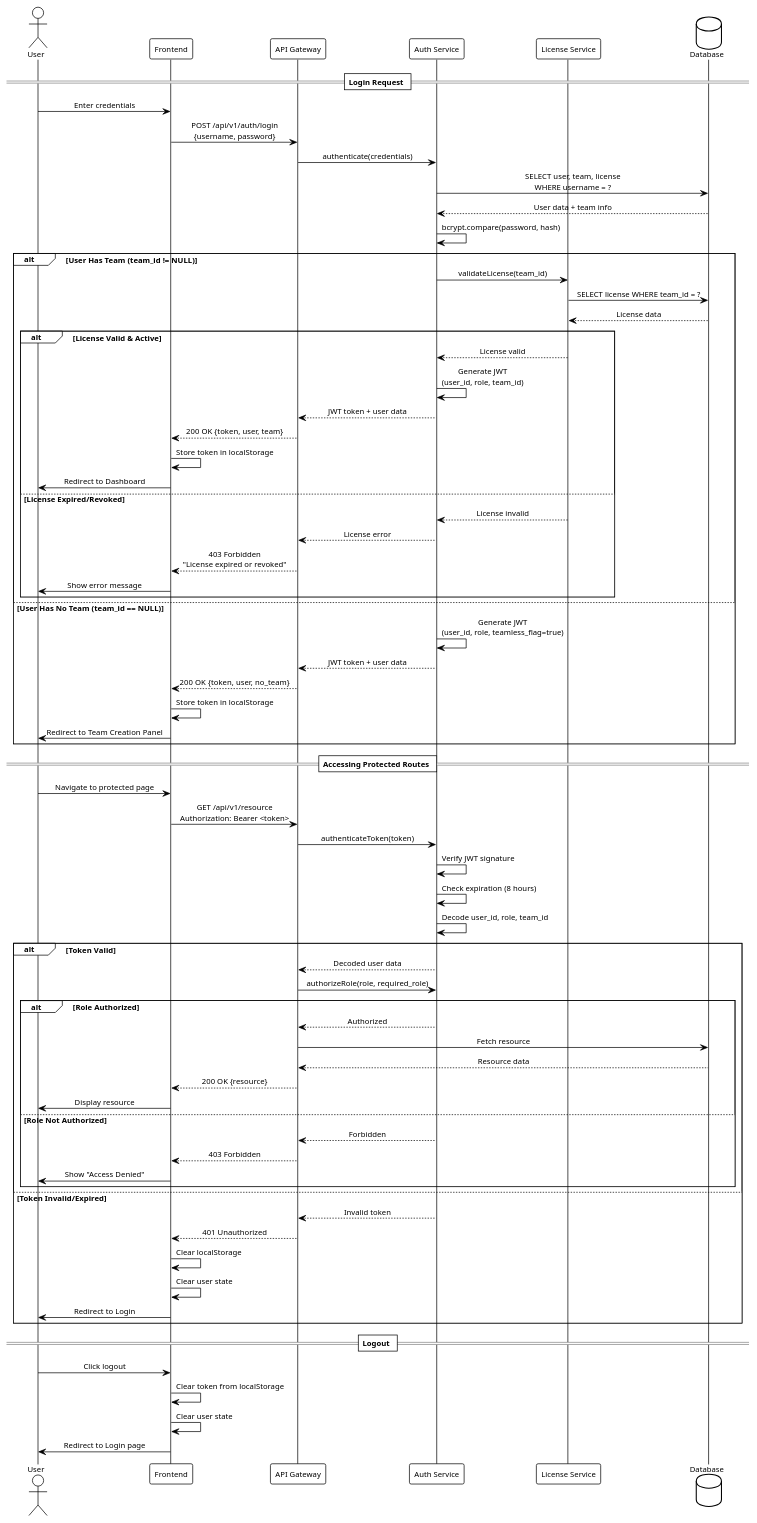
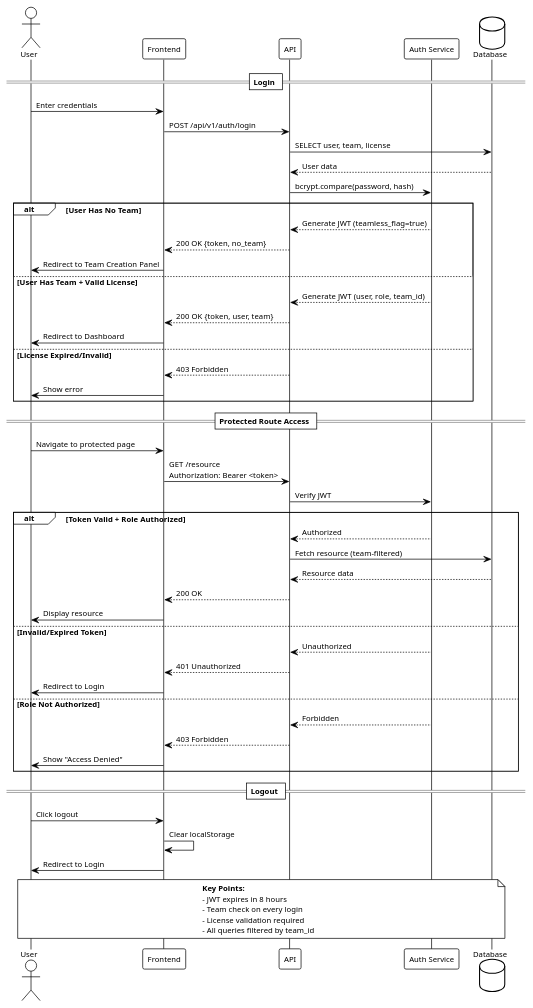
The diagram in design_docs/auth_flow.puml (AvalonRuFae/3100), drawn with PlantUML before and after one commit. The commit also changed 13 other files, not shown here.

```diff
--- a/design_docs/auth_flow.puml
+++ b/design_docs/auth_flow.puml
@@ -1,88 +1,69 @@
 @startuml User Authentication Flow
 !theme plain
 skinparam backgroundColor #FFFFFF
 skinparam defaultFontSize 11
-skinparam sequenceMessageAlign center
 
 actor User
 participant "Frontend" as FE
-participant "API Gateway" as API
+participant "API" as API
 participant "Auth Service" as Auth
-participant "License Service" as License
 database "Database" as DB
 
-== Login Request ==
+== Login ==
+
 User -> FE: Enter credentials
-FE -> API: POST /api/v1/auth/login\n{username, password}
-API -> Auth: authenticate(credentials)
-Auth -> DB: SELECT user, team, license\nWHERE username = ?
-DB --> Auth: User data + team info
+FE -> API: POST /api/v1/auth/login
+API -> DB: SELECT user, team, license
+DB --> API: User data
+API -> Auth: bcrypt.compare(password, hash)
 
-Auth -> Auth: bcrypt.compare(password, hash)
-
-alt User Has Team (team_id != NULL)
-    Auth -> License: validateLicense(team_id)
-    License -> DB: SELECT license WHERE team_id = ?
-    DB --> License: License data
-    
-    alt License Valid & Active
-        License --> Auth: License valid
-        Auth -> Auth: Generate JWT\n(user_id, role, team_id)
-        Auth --> API: JWT token + user data
-        API --> FE: 200 OK {token, user, team}
-        FE -> FE: Store token in localStorage
-        FE -> User: Redirect to Dashboard
-    else License Expired/Revoked
-        License --> Auth: License invalid
-        Auth --> API: License error
-        API --> FE: 403 Forbidden\n"License expired or revoked"
-        FE -> User: Show error message
-    end
-    
-else User Has No Team (team_id == NULL)
-    Auth -> Auth: Generate JWT\n(user_id, role, teamless_flag=true)
-    Auth --> API: JWT token + user data
-    API --> FE: 200 OK {token, user, no_team}
-    FE -> FE: Store token in localStorage
+alt User Has No Team
+    Auth --> API: Generate JWT (teamless_flag=true)
+    API --> FE: 200 OK {token, no_team}
     FE -> User: Redirect to Team Creation Panel
+else User Has Team + Valid License
+    Auth --> API: Generate JWT (user, role, team_id)
+    API --> FE: 200 OK {token, user, team}
+    FE -> User: Redirect to Dashboard
+else License Expired/Invalid
+    API --> FE: 403 Forbidden
+    FE -> User: Show error
 end
 
-== Accessing Protected Routes ==
+== Protected Route Access ==
+
 User -> FE: Navigate to protected page
-FE -> API: GET /api/v1/resource\nAuthorization: Bearer <token>
-API -> Auth: authenticateToken(token)
-Auth -> Auth: Verify JWT signature
-Auth -> Auth: Check expiration (8 hours)
-Auth -> Auth: Decode user_id, role, team_id
+FE -> API: GET /resource\nAuthorization: Bearer <token>
+API -> Auth: Verify JWT
 
-alt Token Valid
-    Auth --> API: Decoded user data
-    API -> Auth: authorizeRole(role, required_role)
-    
-    alt Role Authorized
-        Auth --> API: Authorized
-        API -> DB: Fetch resource
-        DB --> API: Resource data
-        API --> FE: 200 OK {resource}
-        FE -> User: Display resource
-    else Role Not Authorized
-        Auth --> API: Forbidden
-        API --> FE: 403 Forbidden
-        FE -> User: Show "Access Denied"
-    end
-    
-else Token Invalid/Expired
-    Auth --> API: Invalid token
+alt Token Valid + Role Authorized
+    Auth --> API: Authorized
+    API -> DB: Fetch resource (team-filtered)
+    DB --> API: Resource data
+    API --> FE: 200 OK
+    FE -> User: Display resource
+else Invalid/Expired Token
+    Auth --> API: Unauthorized
     API --> FE: 401 Unauthorized
-    FE -> FE: Clear localStorage
-    FE -> FE: Clear user state
     FE -> User: Redirect to Login
+else Role Not Authorized
+    Auth --> API: Forbidden
+    API --> FE: 403 Forbidden
+    FE -> User: Show "Access Denied"
 end
 
 == Logout ==
+
 User -> FE: Click logout
-FE -> FE: Clear token from localStorage
-FE -> FE: Clear user state
-FE -> User: Redirect to Login page
+FE -> FE: Clear localStorage
+FE -> User: Redirect to Login
+
+note over User, DB
+**Key Points:**
+- JWT expires in 8 hours
+- Team check on every login
+- License validation required
+- All queries filtered by team_id
+end note
 
 @enduml
```
